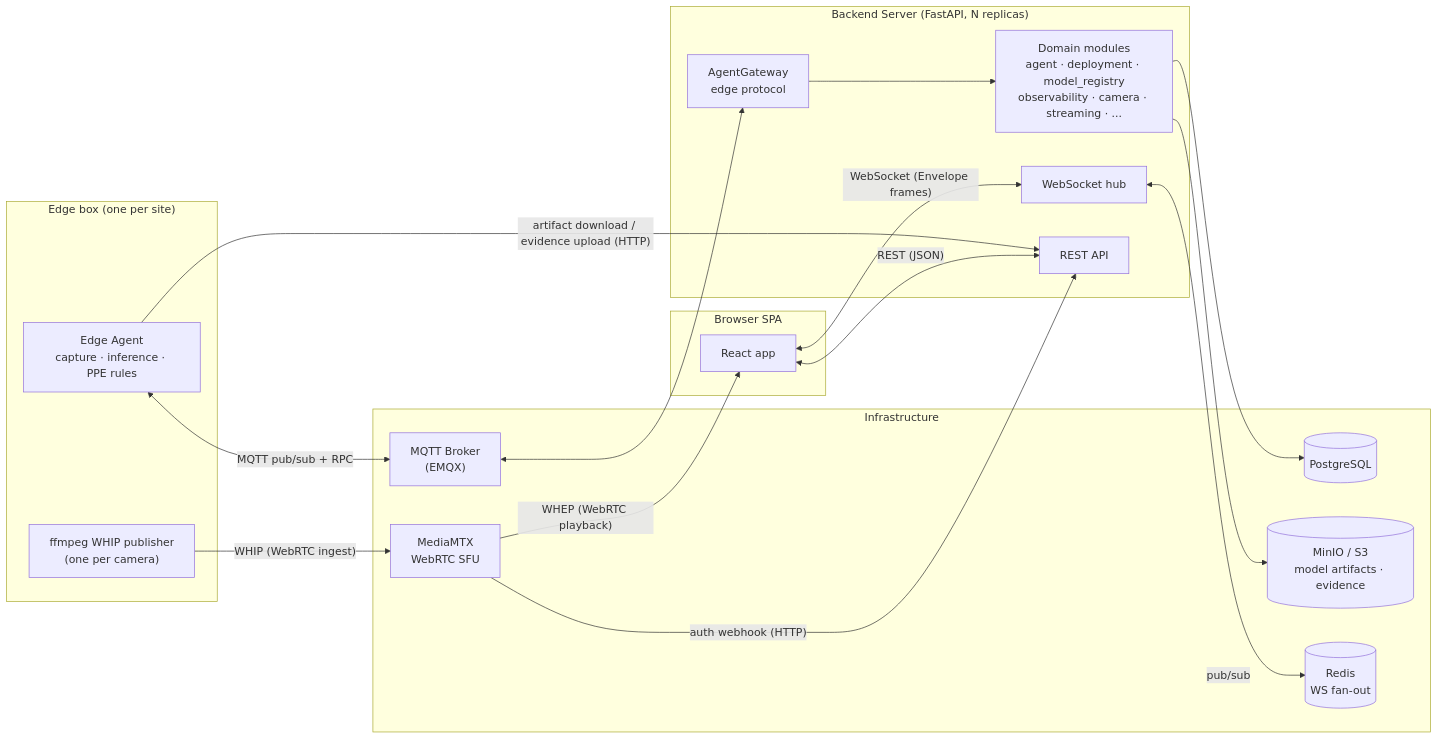
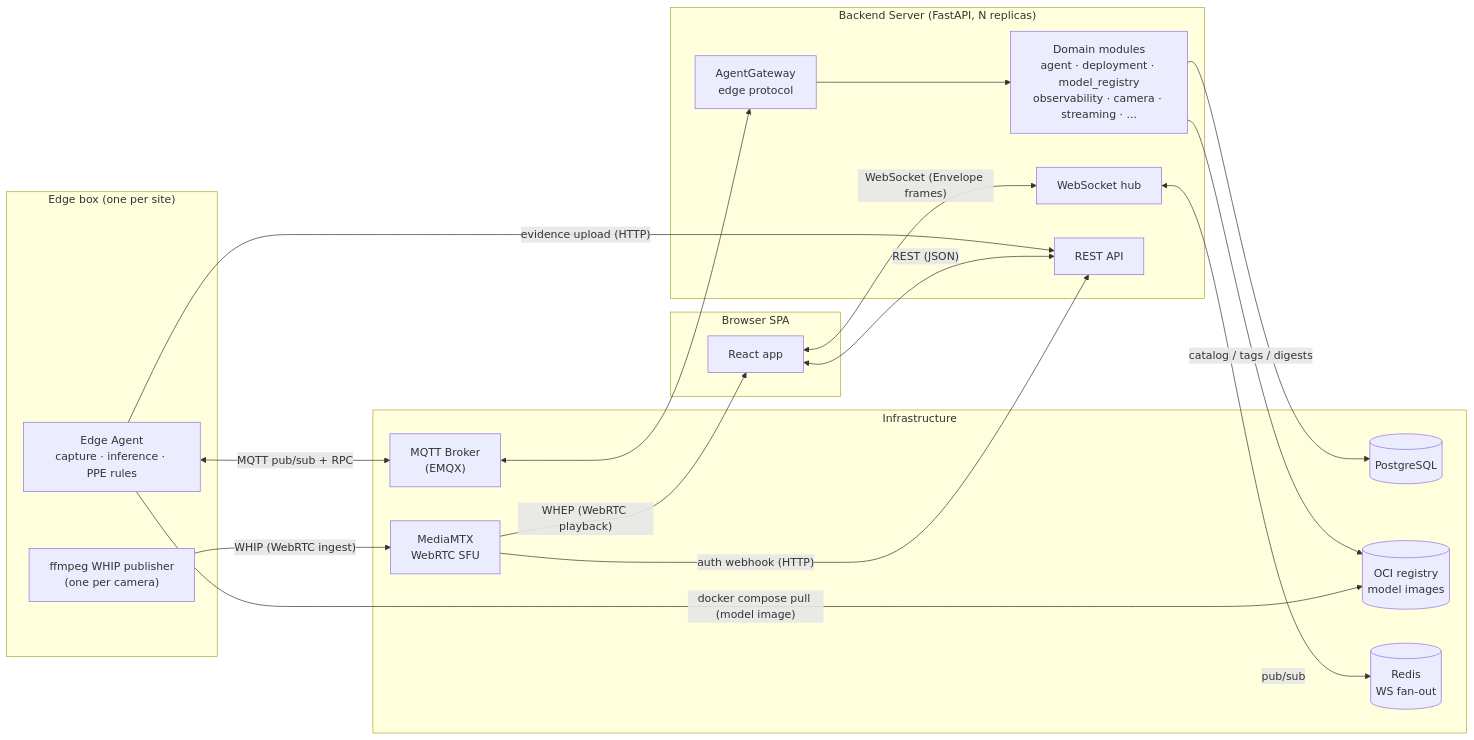
The first of 2 diagrams in docs/ARCHITECTURE.md (HipSayu/ai-edge-ops), drawn with Mermaid before and after one commit. The commit also changed other lines of this file and 30 other files, not shown here.

First line of the commit message:
refactor(deploy): consolidate all compose into app/deploy/, drop MinIO

````diff
--- a/docs/ARCHITECTURE.md
+++ b/docs/ARCHITECTURE.md
@@ -5,38 +5,39 @@
 ```mermaid
 flowchart LR
     subgraph EDGE["Edge box (one per site)"]
         EA["Edge Agent<br/>capture · inference · PPE rules"]
         FF["ffmpeg WHIP publisher<br/>(one per camera)"]
     end
 
     subgraph INFRA["Infrastructure"]
         MQ["MQTT Broker<br/>(EMQX)"]
         MTX["MediaMTX<br/>WebRTC SFU"]
         PG[("PostgreSQL")]
-        S3[("MinIO / S3<br/>model artifacts · evidence")]
+        REG[("OCI registry<br/>model images")]
         RD[("Redis<br/>WS fan-out")]
     end
 
     subgraph SERVER["Backend Server (FastAPI, N replicas)"]
         GW["AgentGateway<br/>edge protocol"]
         MOD["Domain modules<br/>agent · deployment · model_registry<br/>observability · camera · streaming · ..."]
         WSH["WebSocket hub"]
         REST["REST API"]
     end
 
     subgraph CLIENT["Browser SPA"]
         UI["React app"]
     end
 
     EA <-->|"MQTT pub/sub + RPC"| MQ
     MQ <--> GW
     FF -->|"WHIP (WebRTC ingest)"| MTX
     MTX -->|"WHEP (WebRTC playback)"| UI
     MTX -->|"auth webhook (HTTP)"| REST
     GW --> MOD --> PG
-    MOD --> S3
-    EA -->|"artifact download / evidence upload (HTTP)"| REST
+    MOD -->|"catalog / tags / digests"| REG
+    EA -->|"docker compose pull (model image)"| REG
+    EA -->|"evidence upload (HTTP)"| REST
     WSH <-->|"pub/sub"| RD
     UI <-->|"REST (JSON)"| REST
     UI <-->|"WebSocket (Envelope frames)"| WSH
 ```
````
